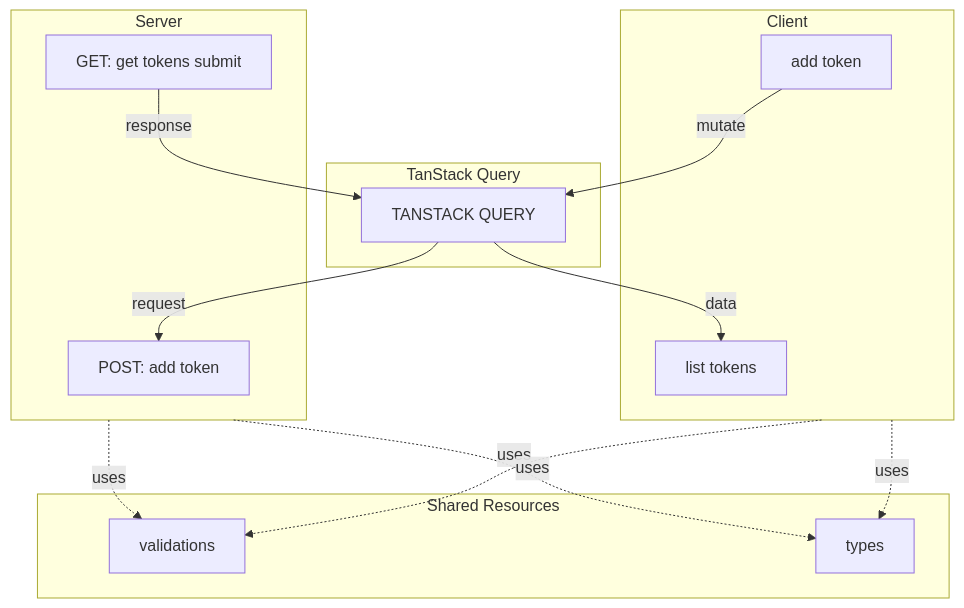
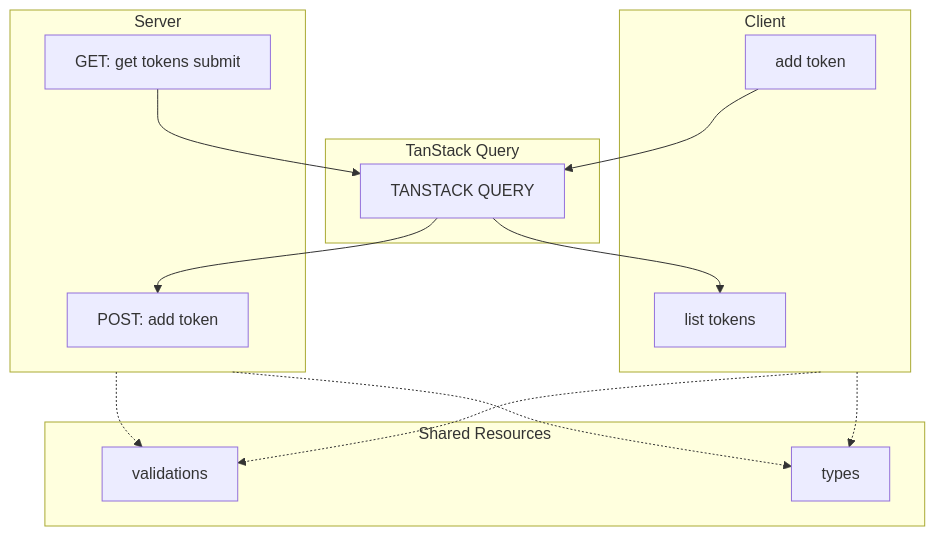
One commit to artwayprojects/tokens changed the diagram in README.md. Above: the diagram before and after it, drawn with Mermaid.

````diff
--- a/README.md
+++ b/README.md
@@ -25,31 +25,31 @@
 ```mermaid
 graph TB
     subgraph Client["Client"]
         AddToken["add token"]
         ListTokens["list tokens"]
     end
     
     subgraph QueryLayer["TanStack Query"]
         TQ[TANSTACK QUERY]
     end
     
     subgraph Server["Server"]
         POST["POST: add token"]
         GET["GET: get tokens submit"]
     end
     
     subgraph Shared["Shared Resources"]
         Validations["validations"]
         Types["types"]
     end
     
-    AddToken -->|mutate| TQ
-    TQ -->|request| POST
-    GET -->|response| TQ
-    TQ -->|data| ListTokens
+    AddToken --> TQ
+    TQ --> POST
+    GET --> TQ
+    TQ --> ListTokens
     
-    Client -.->|uses| Types
-    Client -.->|uses| Validations
-    Server -.->|uses| Types
-    Server -.->|uses| Validations
+    Client -.-> Types
+    Client -.-> Validations
+    Server -.-> Types
+    Server -.-> Validations
 ```
````
